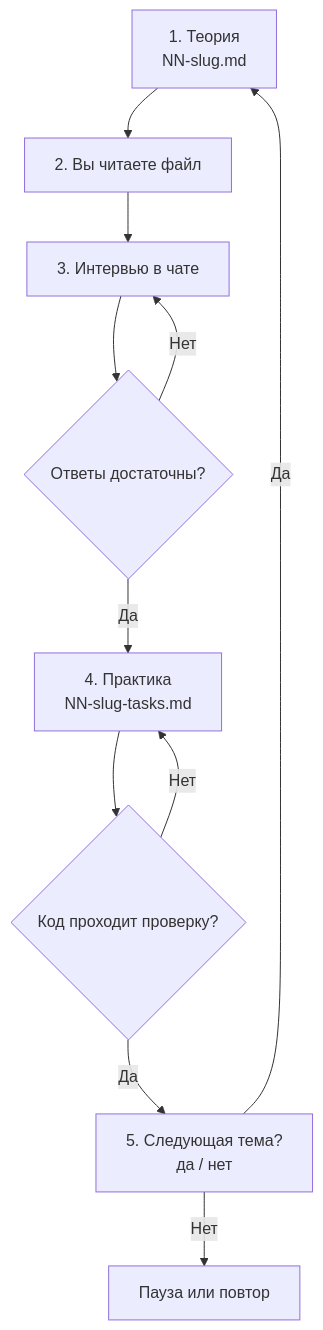
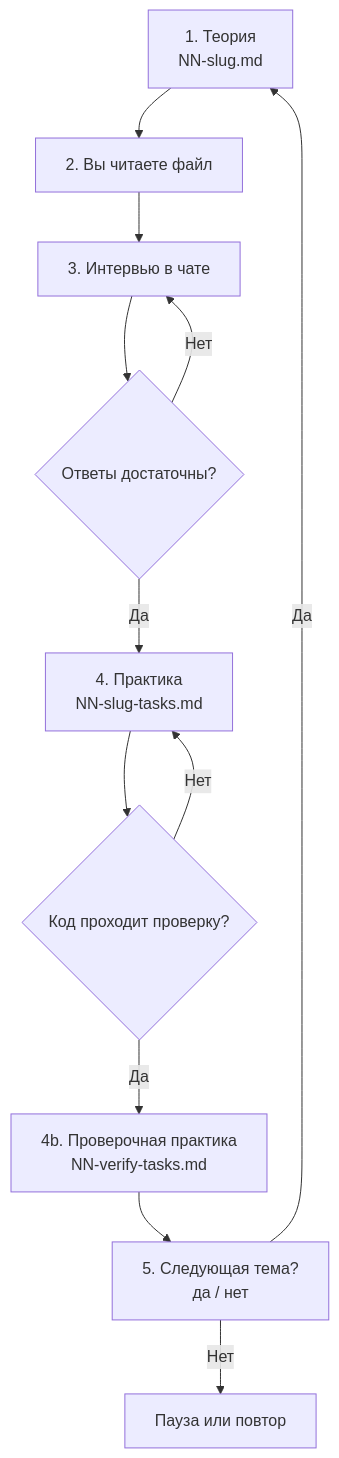
Before and after one commit to alex-sky-cloud/greeting-service-infra: the diagram in reactive-study/docs/java-concurrency-course/00-plan.md, drawn with Mermaid. The commit also changed other lines of this file and 12 other files, not shown here.

````diff
--- a/reactive-study/docs/java-concurrency-course/00-plan.md
+++ b/reactive-study/docs/java-concurrency-course/00-plan.md
@@ -196,13 +202,14 @@
 ```mermaid
 flowchart TD
     A["1. Теория\nNN-slug.md"] --> B["2. Вы читаете файл"]
     B --> C["3. Интервью в чате"]
     C --> D{Ответы достаточны?}
     D -- Нет --> C
     D -- Да --> E["4. Практика\nNN-slug-tasks.md"]
     E --> F{Код проходит проверку?}
     F -- Нет --> E
-    F -- Да --> G["5. Следующая тема?\nда / нет"]
+    F -- Да --> V["4b. Проверочная практика\nNN-verify-tasks.md"]
+    V --> G["5. Следующая тема?\nда / нет"]
     G -- Да --> A
     G -- Нет --> H["Пауза или повтор"]
 ```
````
